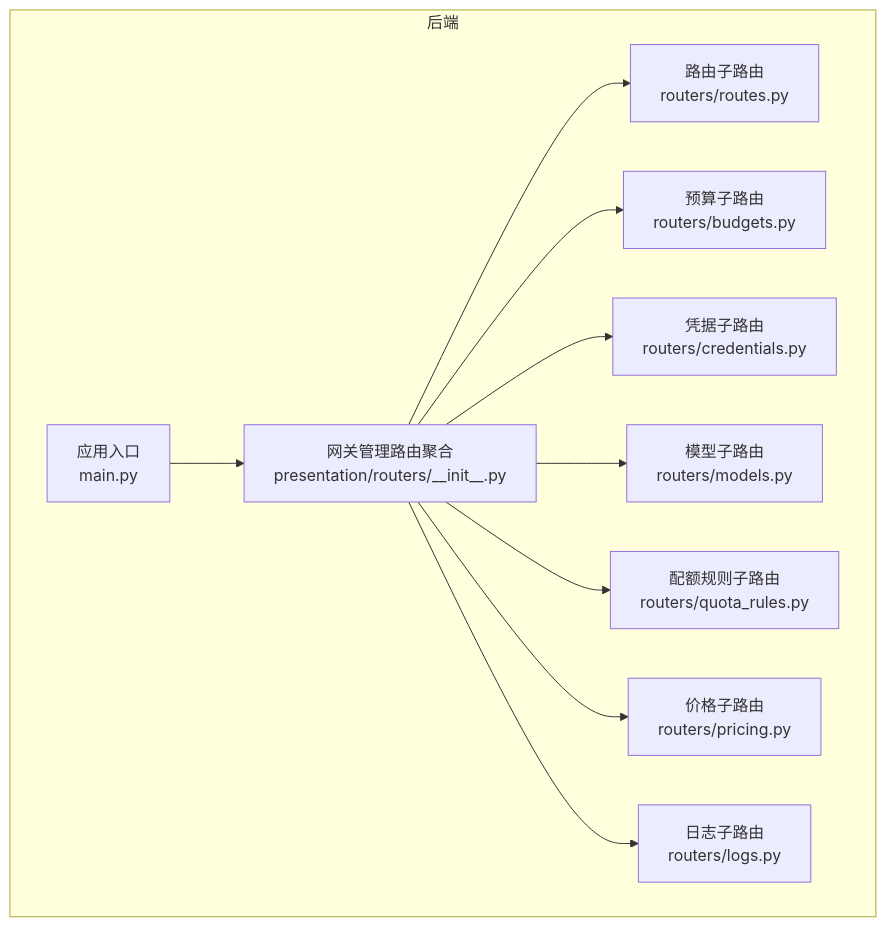
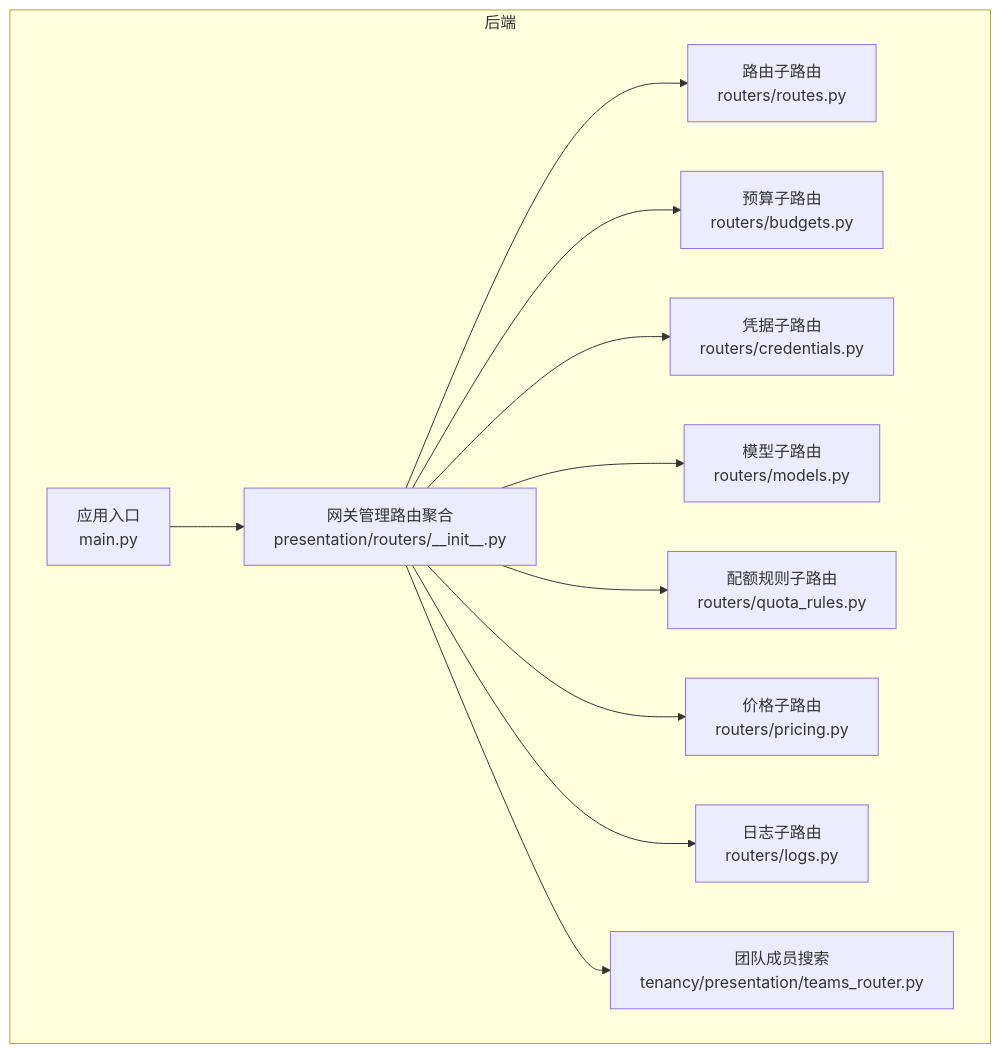
One commit to tianyehedashu/ai-agent changed the first of 15 diagrams in .qoder/repowiki/zh/content/API参考文档/REST API规范/网关API.md. Above: the diagram before and after it, drawn with Mermaid. The commit also changed other lines of this file and 50 other files, not shown here.

````diff
--- a/.qoder/repowiki/zh/content/API参考文档/REST API规范/网关API.md
+++ b/.qoder/repowiki/zh/content/API参考文档/REST API规范/网关API.md
@@ -64,22 +75,24 @@
 ```mermaid
 graph TB
 subgraph "后端"
 MAIN["应用入口<br/>main.py"]
 GWMGMT["网关管理路由聚合<br/>presentation/routers/__init__.py"]
 ROUTES["路由子路由<br/>routers/routes.py"]
 BUDGETS["预算子路由<br/>routers/budgets.py"]
 CREDENTIALS["凭据子路由<br/>routers/credentials.py"]
 MODELS["模型子路由<br/>routers/models.py"]
 QUOTA["配额规则子路由<br/>routers/quota_rules.py"]
 PRICING["价格子路由<br/>routers/pricing.py"]
 LOGS["日志子路由<br/>routers/logs.py"]
+TEAMS["团队成员搜索<br/>tenancy/presentation/teams_router.py"]
 end
 MAIN --> GWMGMT
 GWMGMT --> ROUTES
 GWMGMT --> BUDGETS
 GWMGMT --> CREDENTIALS
 GWMGMT --> MODELS
 GWMGMT --> QUOTA
 GWMGMT --> PRICING
 GWMGMT --> LOGS
+GWMGMT --> TEAMS
 ```
````
